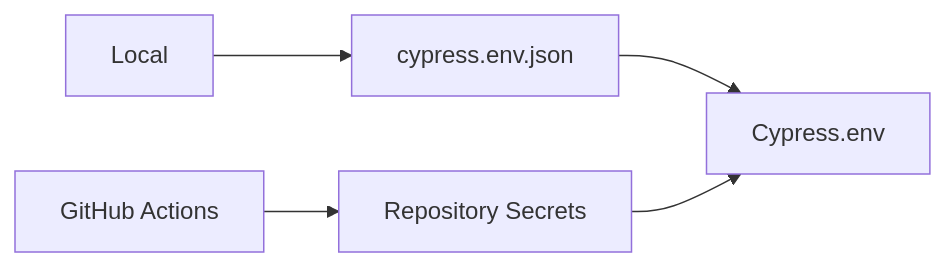
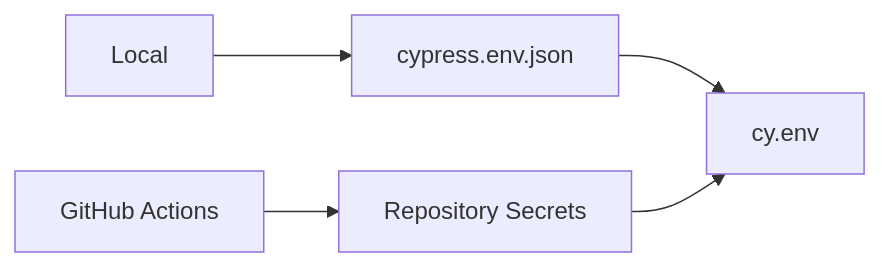
Before and after one commit to MichaelR21z/shady-meadows-bnb-automation: the third of 4 diagrams in docs/test-strategy.md, drawn with Mermaid. The commit also changed 3 other files, not shown here.

Commit message:
refactor: migrate Cypress environment variables to cy.env

````diff
--- a/docs/test-strategy.md
+++ b/docs/test-strategy.md
@@ -234,7 +234,7 @@
 ```mermaid
 flowchart LR
     A[Local] --> B[cypress.env.json]
     C[GitHub Actions] --> D[Repository Secrets]
-    B --> E[Cypress.env]
+    B --> E[cy.env]
     D --> E
 ```
````
